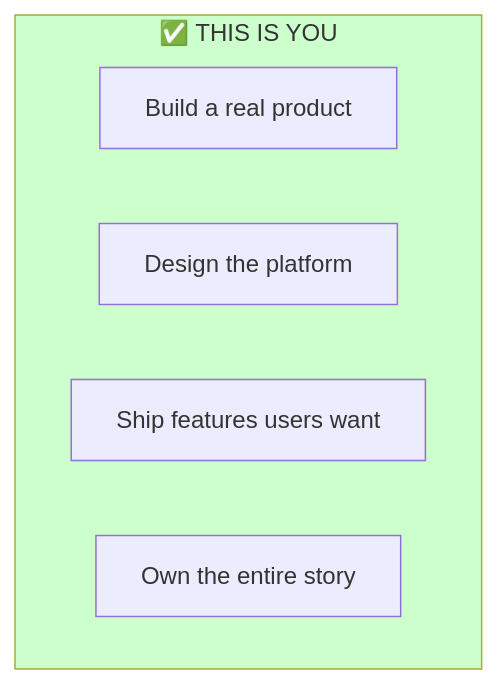
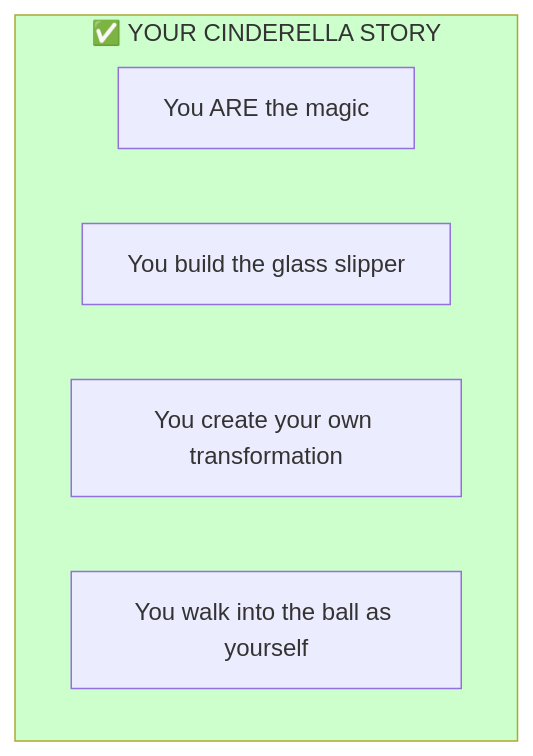
The seventh of 7 diagrams in DevOps/README.md (PearlThoughtsInternship/Internship-Obsidian-Vault), drawn with Mermaid before and after one commit. The commit also changed other lines of this file and 1 other file, not shown here.

First line of the commit message:
rebrand: Autograph with Cinderella narrative

````diff
--- a/DevOps/README.md
+++ b/DevOps/README.md
@@ -310,11 +315,11 @@
 ```mermaid
 flowchart TB
-    subgraph Epic["✅ THIS IS YOU"]
-        E1["Build a real product"]
-        E2["Design the platform"]
-        E3["Ship features users want"]
-        E4["Own the entire story"]
+    subgraph Epic["✅ YOUR CINDERELLA STORY"]
+        E1["You ARE the magic"]
+        E2["You build the glass slipper"]
+        E3["You create your own transformation"]
+        E4["You walk into the ball as yourself"]
     end
 
     style Epic fill:#ccffcc
 ```
````
